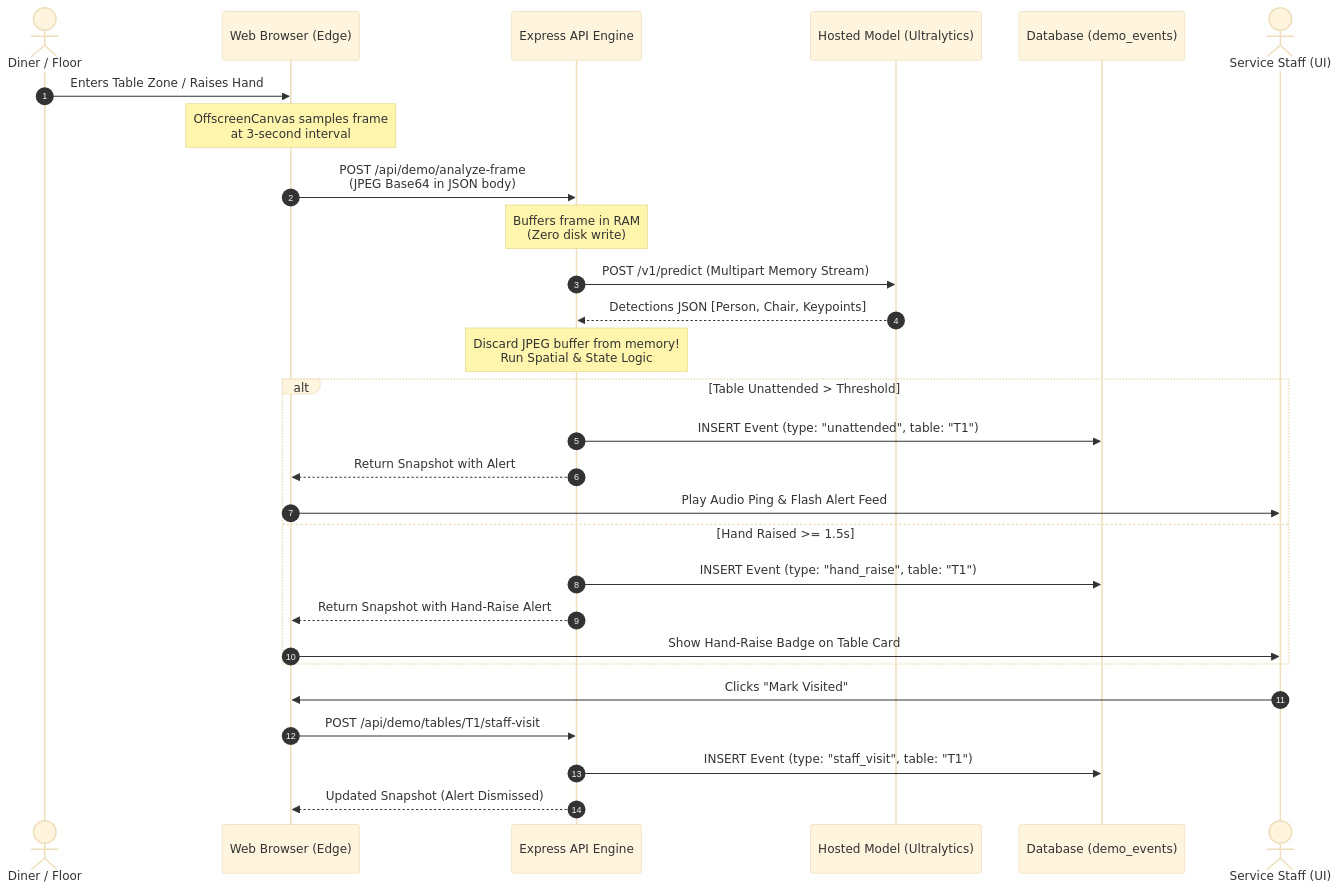
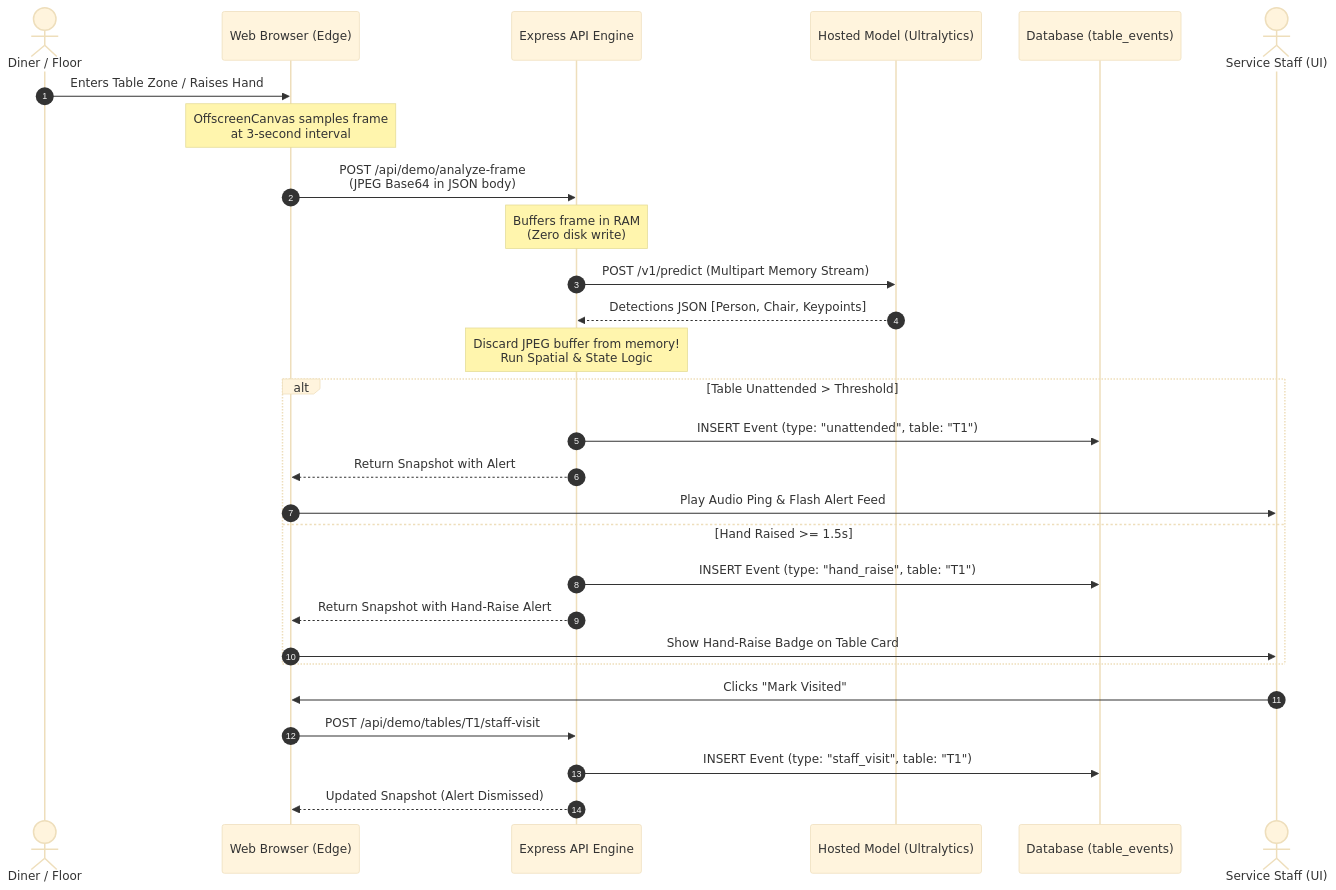
The second of 2 diagrams in docs/DATA-LIFECYCLE.md (james-vincent21/seeserve), drawn with Mermaid (base theme) before and after one commit. The commit also changed other lines of this file and 43 other files, not shown here.

````diff
--- a/docs/DATA-LIFECYCLE.md
+++ b/docs/DATA-LIFECYCLE.md
@@ -116,33 +116,33 @@
 ```mermaid
 sequenceDiagram
     autonumber
     actor Guest as Diner / Floor
     participant Browser as Web Browser (Edge)
     participant NodeAPI as Express API Engine
     participant Model as Hosted Model (Ultralytics)
-    participant Postgres as Database (demo_events)
+    participant Postgres as Database (table_events)
     actor Waiter as Service Staff (UI)
 
     Guest->>Browser: Enters Table Zone / Raises Hand
     Note over Browser: OffscreenCanvas samples frame<br/>at 3-second interval
     Browser->>NodeAPI: POST /api/demo/analyze-frame<br/>(JPEG Base64 in JSON body)
     Note over NodeAPI: Buffers frame in RAM<br/>(Zero disk write)
     NodeAPI->>Model: POST /v1/predict (Multipart Memory Stream)
     Model-->>NodeAPI: Detections JSON [Person, Chair, Keypoints]
     Note over NodeAPI: Discard JPEG buffer from memory!<br/>Run Spatial & State Logic
     
     alt Table Unattended > Threshold
         NodeAPI->>Postgres: INSERT Event (type: "unattended", table: "T1")
         NodeAPI-->>Browser: Return Snapshot with Alert
         Browser->>Waiter: Play Audio Ping & Flash Alert Feed
     else Hand Raised >= 1.5s
         NodeAPI->>Postgres: INSERT Event (type: "hand_raise", table: "T1")
         NodeAPI-->>Browser: Return Snapshot with Hand-Raise Alert
         Browser->>Waiter: Show Hand-Raise Badge on Table Card
     end
 
     Waiter->>Browser: Clicks "Mark Visited"
     Browser->>NodeAPI: POST /api/demo/tables/T1/staff-visit
     NodeAPI->>Postgres: INSERT Event (type: "staff_visit", table: "T1")
     NodeAPI-->>Browser: Updated Snapshot (Alert Dismissed)
 ```
````
